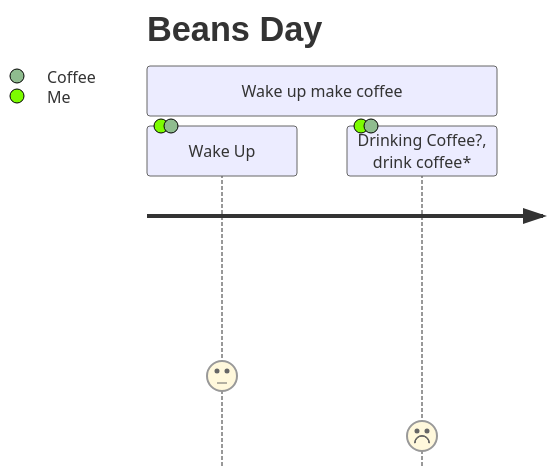
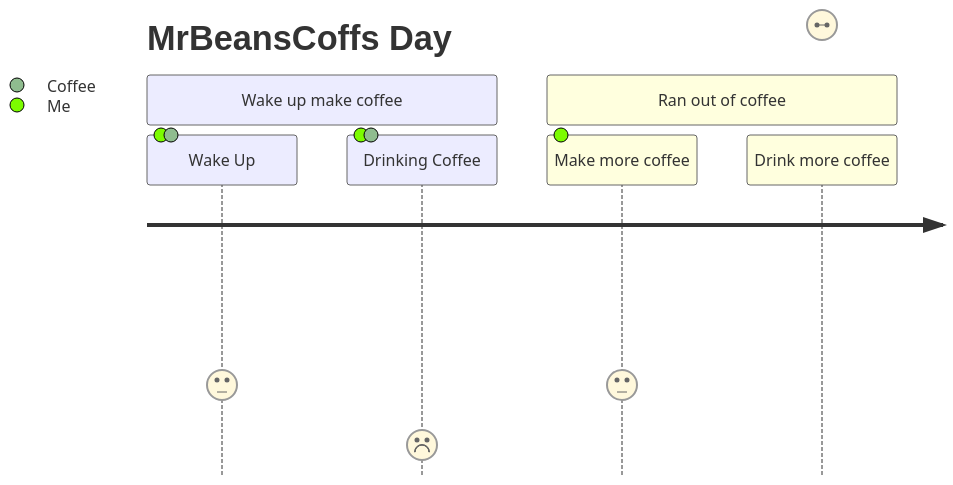
One commit to MrBeansCoff/MrBeansCoff changed the diagram in README.md. Above: the diagram before and after it, drawn with Mermaid.

````diff
--- a/README.md
+++ b/README.md
@@ -137,8 +137,12 @@
 ```mermaid
  journey
-   title Beans Day
+   title MrBeansCoffs Day
 
    section Wake up make coffee
       Wake Up: 3: Me, Coffee
-      Drinking Coffee?, drink coffee*: 1: Me, Coffee
+      Drinking Coffee: 1: Me, Coffee
+
+   section Ran out of coffee
+   Make more coffee: 3: Me
+   Drink more coffee: 2 Me, Coffee
 ```
````
